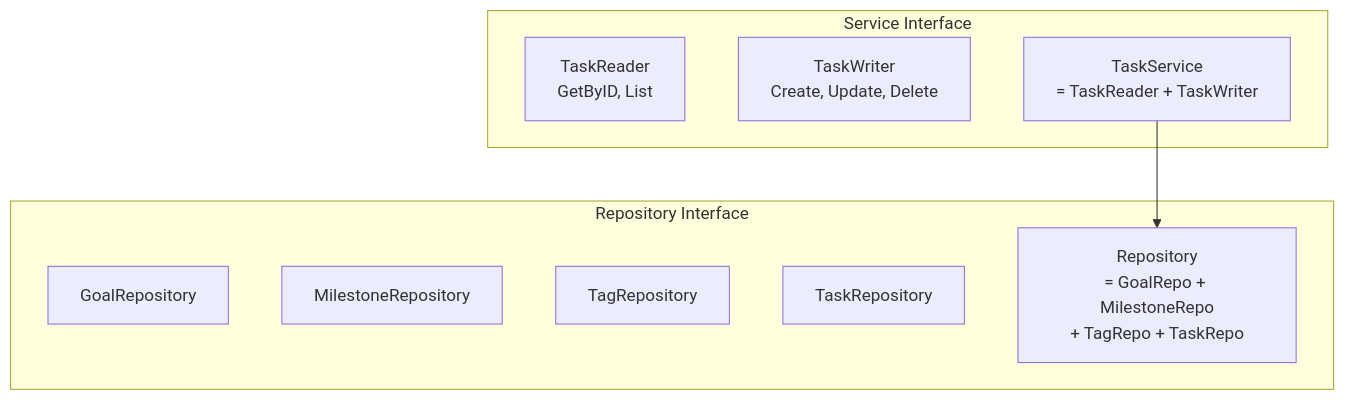
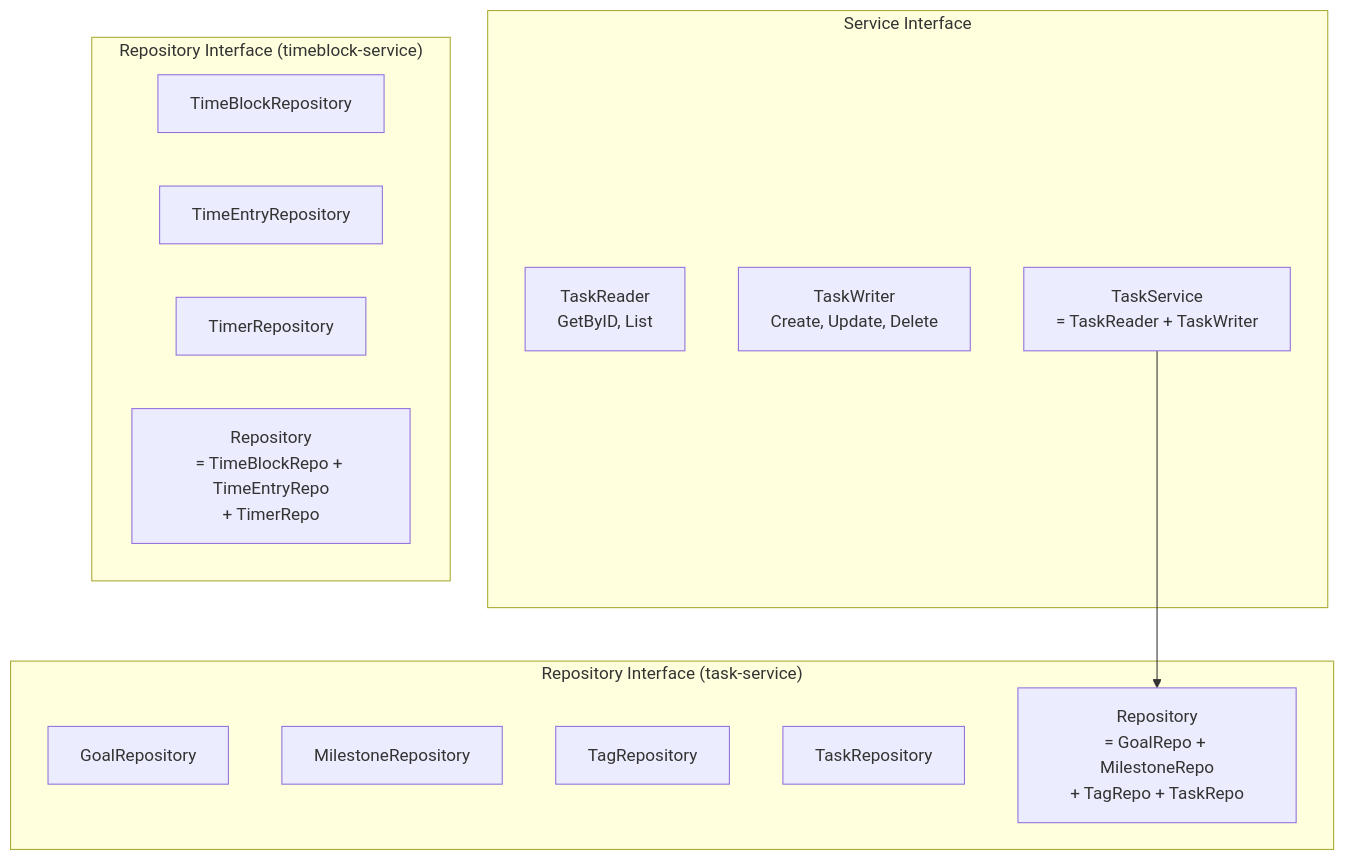
One commit to yu-min3/kensan changed the fifth of 8 diagrams in backend/ARCHITECTURE.md. Above: the diagram before and after it, drawn with Mermaid. The commit also changed other lines of this file and 177 other files, not shown here.

````diff
--- a/backend/ARCHITECTURE.md
+++ b/backend/ARCHITECTURE.md
@@ -283,18 +279,25 @@
 ```mermaid
 graph TB
     subgraph "Service Interface"
         Reader["TaskReader<br/>GetByID, List"]
         Writer["TaskWriter<br/>Create, Update, Delete"]
         Combined["TaskService<br/>= TaskReader + TaskWriter"]
     end
 
-    subgraph "Repository Interface"
+    subgraph "Repository Interface (task-service)"
         GoalRepo["GoalRepository"]
         MilestoneRepo["MilestoneRepository"]
         TagRepo["TagRepository"]
         TaskRepo["TaskRepository"]
         CompositeRepo["Repository<br/>= GoalRepo + MilestoneRepo<br/>+ TagRepo + TaskRepo"]
     end
 
+    subgraph "Repository Interface (timeblock-service)"
+        TBRepo["TimeBlockRepository"]
+        TERepo["TimeEntryRepository"]
+        TimerRepo["TimerRepository"]
+        TBComposite["Repository<br/>= TimeBlockRepo + TimeEntryRepo<br/>+ TimerRepo"]
+    end
+
     Combined --> CompositeRepo
 ```
````
